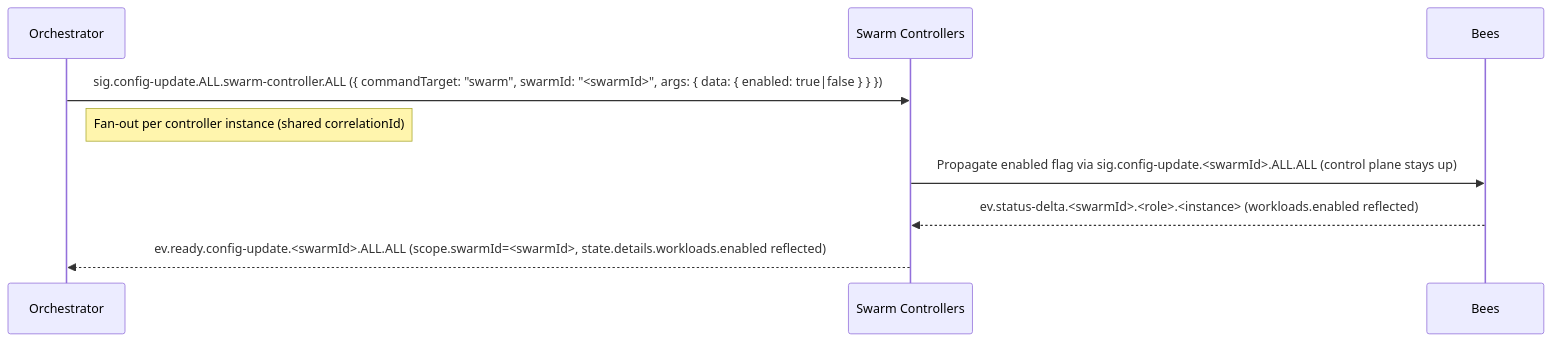
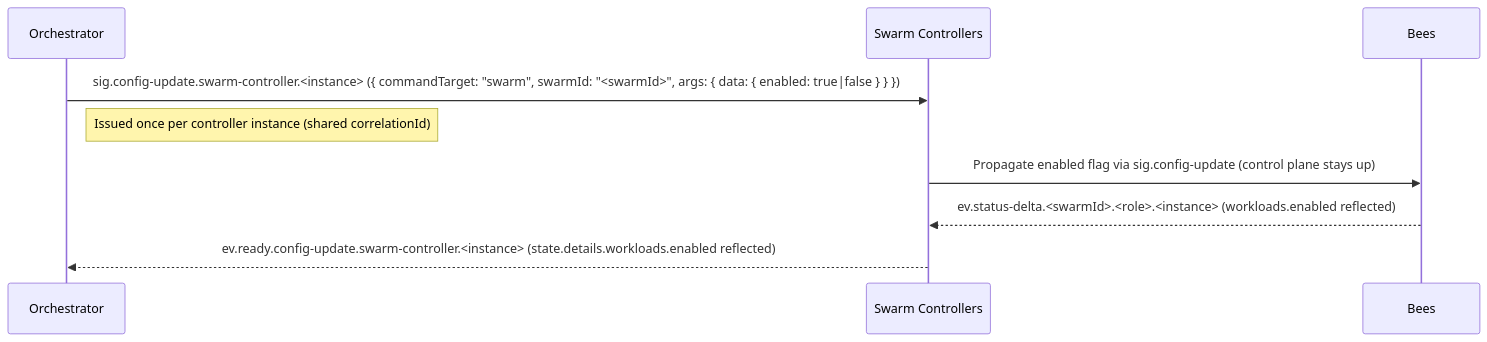
Before and after one commit to sepa79/PocketHive: the fourth of 8 diagrams in docs/ARCHITECTURE.md, drawn with Mermaid. The commit also changed other lines of this file, not shown here.

Commit message:
docs: align architecture with control-plane contract

````diff
--- a/docs/ARCHITECTURE.md
+++ b/docs/ARCHITECTURE.md
@@ -199,12 +200,12 @@
 ```mermaid
 sequenceDiagram
   participant QN as Orchestrator
   participant MSH as Swarm Controllers
   participant CMP as Bees
 
-  QN->>MSH: sig.config-update.ALL.swarm-controller.ALL ({ commandTarget: "swarm", swarmId: "<swarmId>", args: { data: { enabled: true|false } } })
-  note right of QN: Fan-out per controller instance (shared correlationId)
-  MSH->>CMP: Propagate enabled flag via sig.config-update.<swarmId>.ALL.ALL (control plane stays up)
+  QN->>MSH: sig.config-update.swarm-controller.<instance> ({ commandTarget: "swarm", swarmId: "<swarmId>", args: { data: { enabled: true|false } } })
+  note right of QN: Issued once per controller instance (shared correlationId)
+  MSH->>CMP: Propagate enabled flag via sig.config-update (control plane stays up)
   CMP-->>MSH: ev.status-delta.<swarmId>.<role>.<instance> (workloads.enabled reflected)
-  MSH-->>QN: ev.ready.config-update.<swarmId>.ALL.ALL (scope.swarmId=<swarmId>, state.details.workloads.enabled reflected)
+  MSH-->>QN: ev.ready.config-update.swarm-controller.<instance> (state.details.workloads.enabled reflected)
 ```
````
